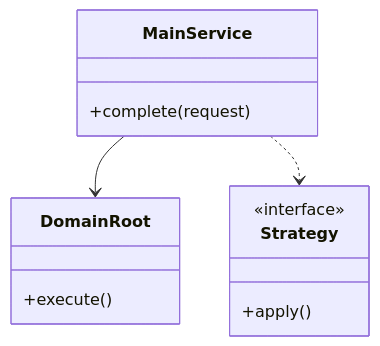
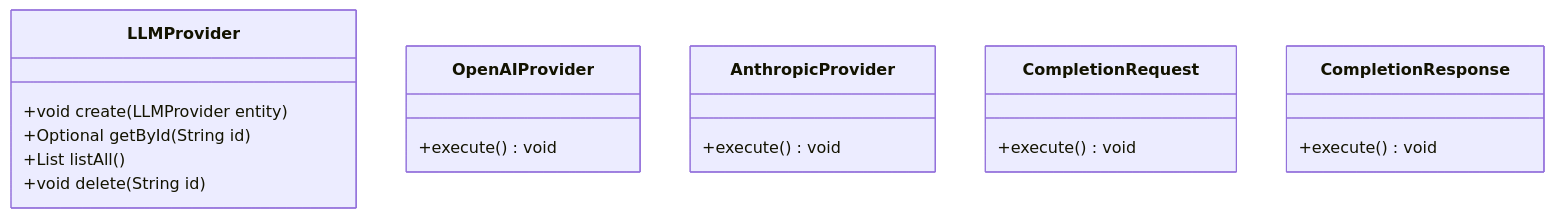
One commit to madhupaila/Interview-Prep-SSE changed the first of 3 diagrams in Learn/System Design - Low Level Design/05-genai-llm-lld/questions/Q06-llm-provider-abstraction.md. Above: the diagram before and after it, drawn with Mermaid. The commit also changed other lines of this file and 491 other files, not shown here.

````diff
--- a/Learn/System Design - Low Level Design/05-genai-llm-lld/questions/Q06-llm-provider-abstraction.md
+++ b/Learn/System Design - Low Level Design/05-genai-llm-lld/questions/Q06-llm-provider-abstraction.md
@@ -74,15 +94,21 @@
 ```mermaid
 classDiagram
-    class MainService {
-        +complete(request)
+    class LLMProvider {
+        +void create(LLMProvider entity)
+        +Optional<LLMProvider> getById(String id)
+        +List<LLMProvider> listAll()
+        +void delete(String id)
     }
-    class DomainRoot {
-        +execute()
+    class OpenAIProvider {
+        +execute() void
     }
-    class Strategy {
-        <<interface>>
-        +apply()
+    class AnthropicProvider {
+        +execute() void
     }
-    MainService --> DomainRoot
-    MainService ..> Strategy
+    class CompletionRequest {
+        +execute() void
+    }
+    class CompletionResponse {
+        +execute() void
+    }
 ```
````
